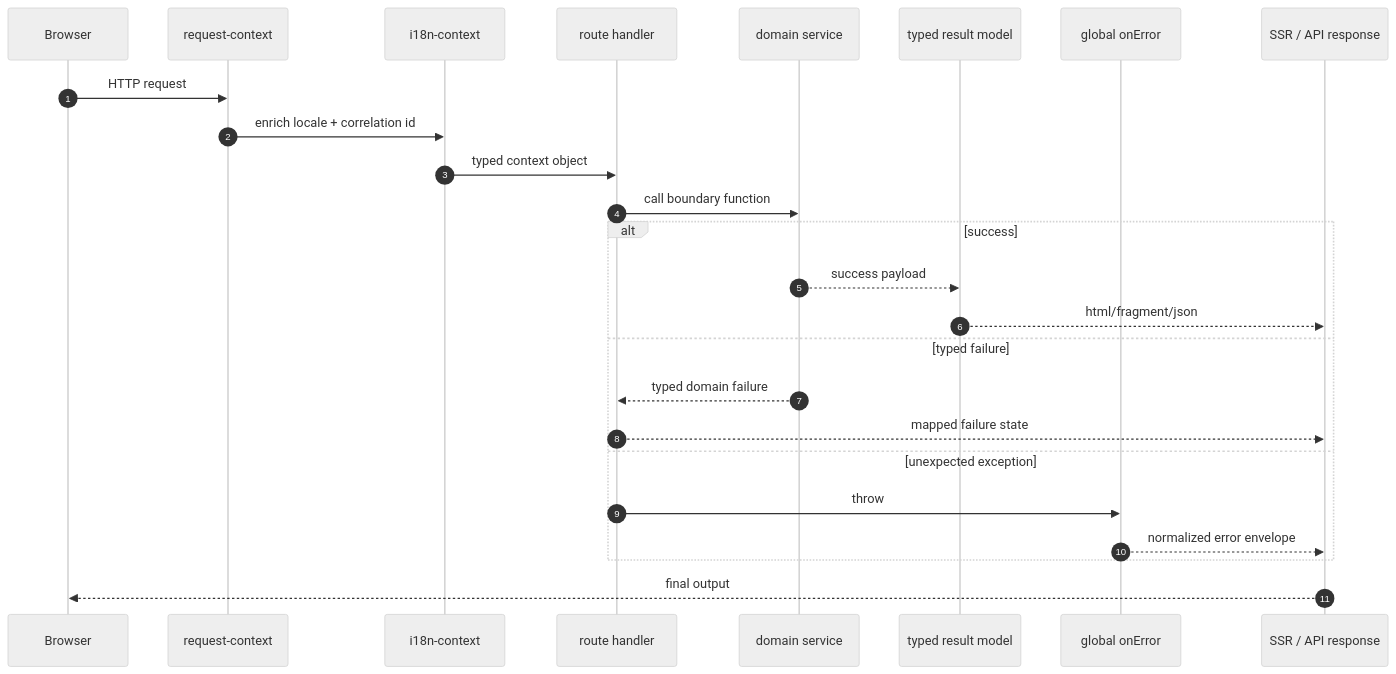
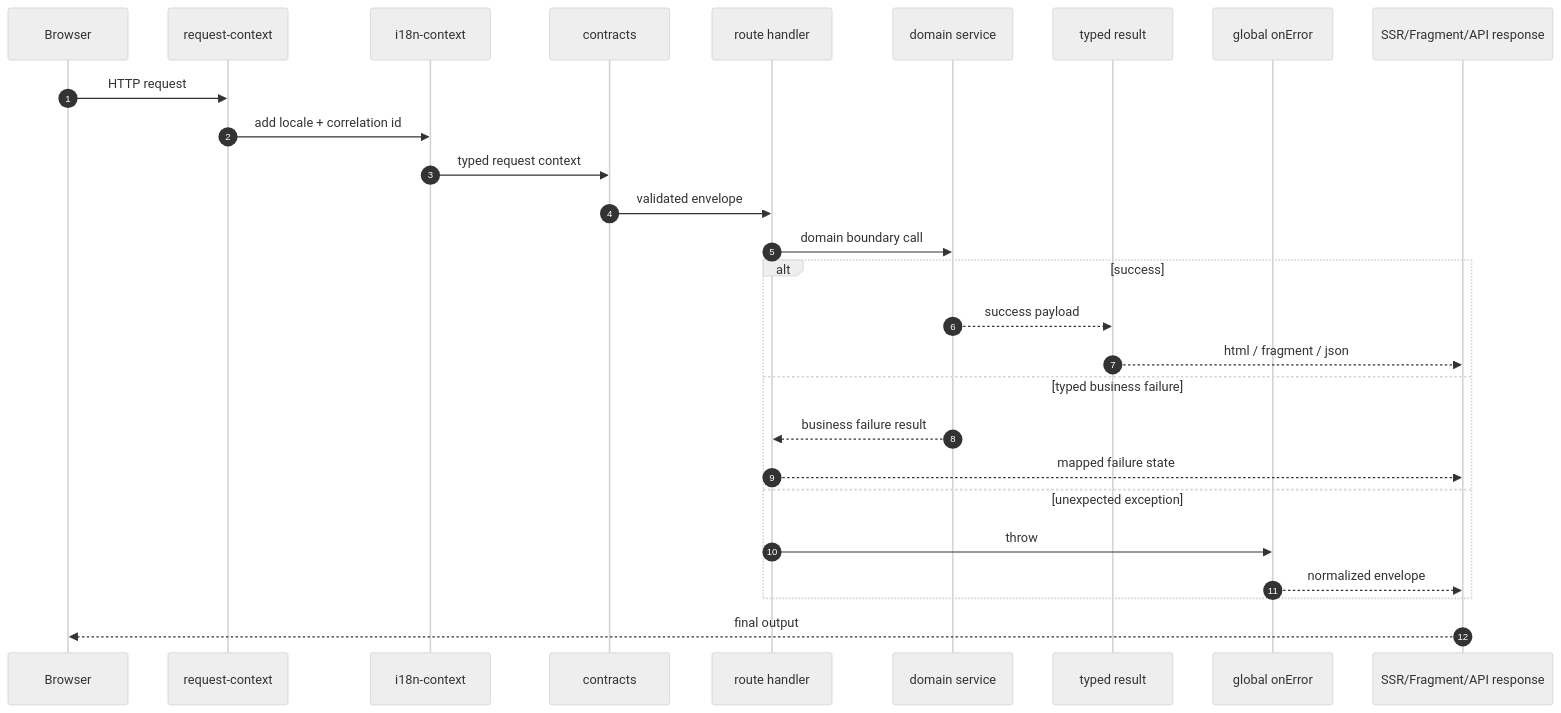
Before and after one commit to d4551/tea: the third of 16 diagrams in README.md, drawn with Mermaid (neutral theme). The commit also changed other lines of this file and 2 other files, not shown here.

````diff
--- a/README.md
+++ b/README.md
@@ -250,28 +286,30 @@
 ```mermaid
 sequenceDiagram
   autonumber
   participant Browser
   participant Ctx as request-context
   participant I18n as i18n-context
+  participant Contract as contracts
   participant Route as route handler
   participant Service as domain service
-  participant Result as typed result model
+  participant Result as typed result
   participant Error as global onError
-  participant Response as SSR / API response
+  participant Resp as SSR/Fragment/API response
 
   Browser->>Ctx: HTTP request
-  Ctx->>I18n: enrich locale + correlation id
-  I18n->>Route: typed context object
-  Route->>Service: call boundary function
+  Ctx->>I18n: add locale + correlation id
+  I18n->>Contract: typed request context
+  Contract->>Route: validated envelope
+  Route->>Service: domain boundary call
   alt success
     Service-->>Result: success payload
-    Result-->>Response: html/fragment/json
-  else typed failure
-    Service-->>Route: typed domain failure
-    Route-->>Response: mapped failure state
+    Result-->>Resp: html / fragment / json
+  else typed business failure
+    Service-->>Route: business failure result
+    Route-->>Resp: mapped failure state
   else unexpected exception
     Route->>Error: throw
-    Error-->>Response: normalized error envelope
+    Error-->>Resp: normalized envelope
   end
-  Response-->>Browser: final output
+  Resp-->>Browser: final output
 ```
````
